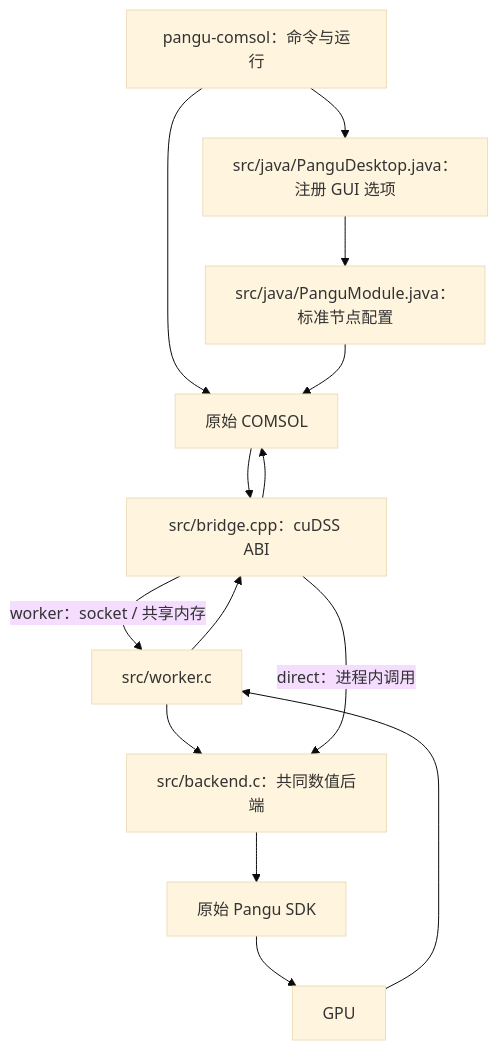
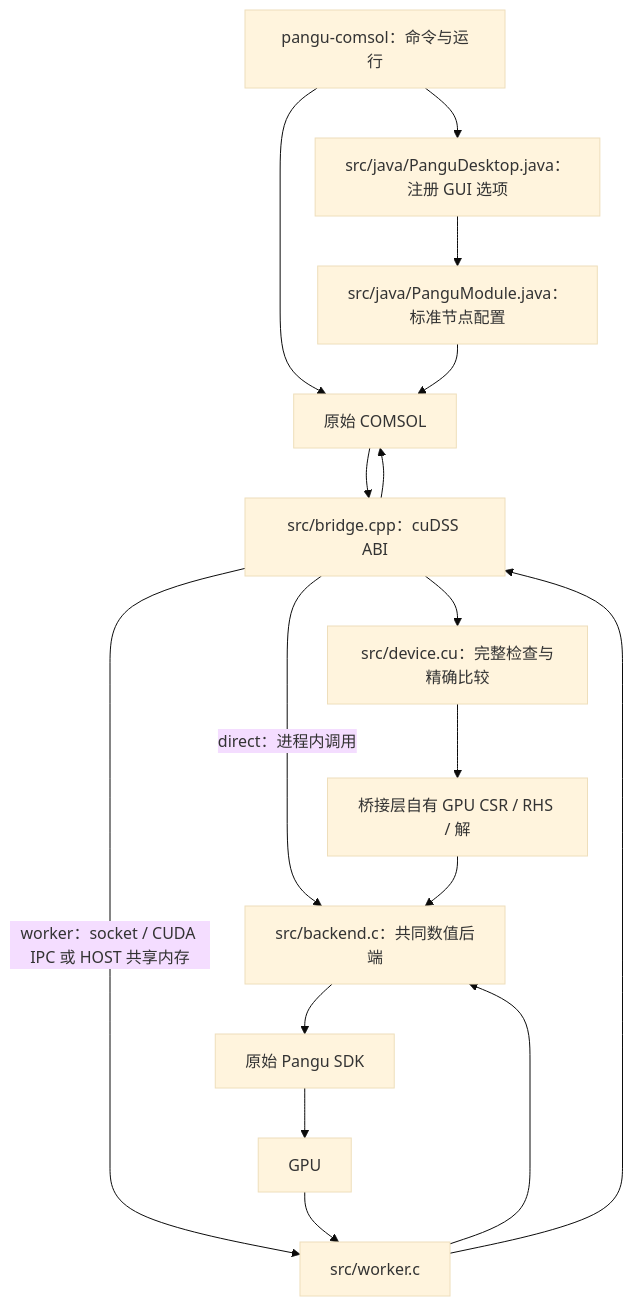
One commit to yamato720/pangulu-comsol changed the diagram in docs/architecture.md. Above: the diagram before and after it, drawn with Mermaid (base theme). The commit also changed other lines of this file and 4 other files, not shown here.

Commit message:
Synchronize IPC dense transfers and support Turing GPU kernels

````diff
--- a/docs/architecture.md
+++ b/docs/architecture.md
@@ -34,16 +35,19 @@
 ```mermaid
 flowchart TD
     L[pangu-comsol：命令与运行] --> C[原始 COMSOL]
     L --> D[src/java/PanguDesktop.java：注册 GUI 选项]
     D --> J[src/java/PanguModule.java：标准节点配置]
     J --> C
     C --> B[src/bridge.cpp：cuDSS ABI]
-    B -->|worker：socket / 共享内存| W[src/worker.c]
+    B --> V[src/device.cu：完整检查与精确比较]
+    V --> M[桥接层自有 GPU CSR / RHS / 解]
+    B -->|worker：socket / CUDA IPC 或 HOST 共享内存| W[src/worker.c]
     W --> E[src/backend.c：共同数值后端]
     B -->|direct：进程内调用| E
+    M --> E
     E --> S[原始 Pangu SDK]
     S --> G[GPU]
     G --> W
     W --> B
     B --> C
 ```
````
